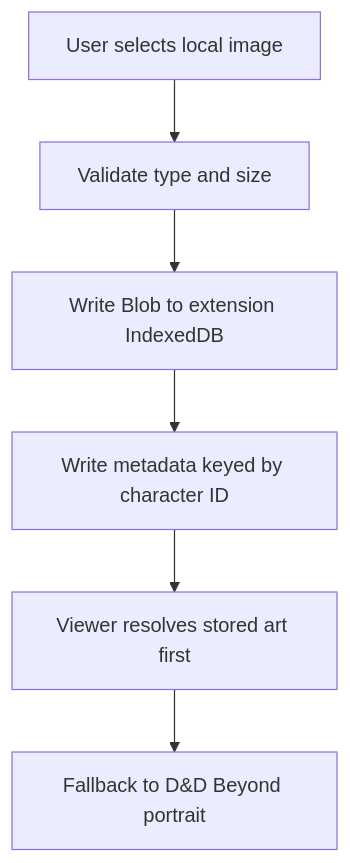
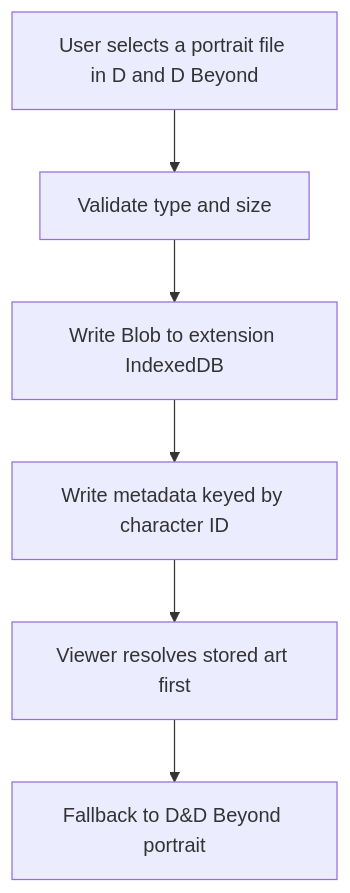
Before and after one commit to dpack1/beyond-full-art: the third of 4 diagrams in docs/ARCHITECTURE.md, drawn with Mermaid. The commit also changed other lines of this file and 44 other files, not shown here.

Commit message:
Add local full-art storage and portrait sync

````diff
--- a/docs/ARCHITECTURE.md
+++ b/docs/ARCHITECTURE.md
@@ -135,8 +146,8 @@
 ```mermaid
 flowchart TD
-    INPUT[User selects local image] --> VALIDATE[Validate type and size]
+    INPUT[User selects a portrait file in D and D Beyond] --> VALIDATE[Validate type and size]
     VALIDATE --> WRITE[Write Blob to extension IndexedDB]
     WRITE --> META[Write metadata keyed by character ID]
     META --> VIEW[Viewer resolves stored art first]
     VIEW --> FALLBACK[Fallback to D&D Beyond portrait]
 ```
````
